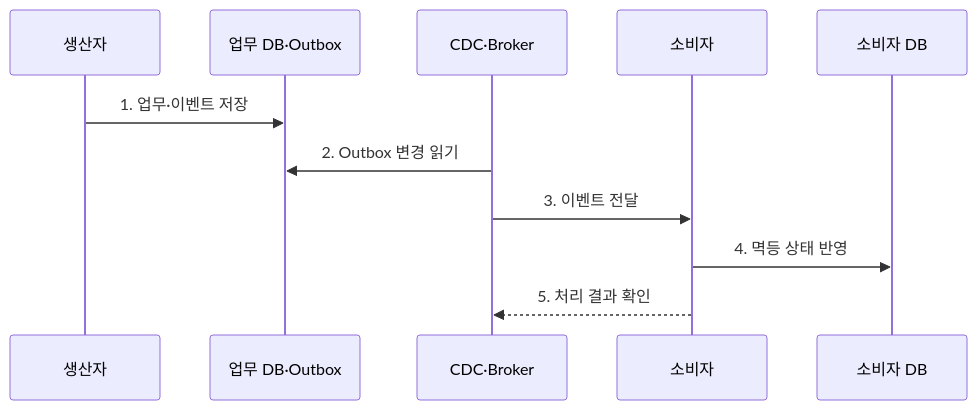
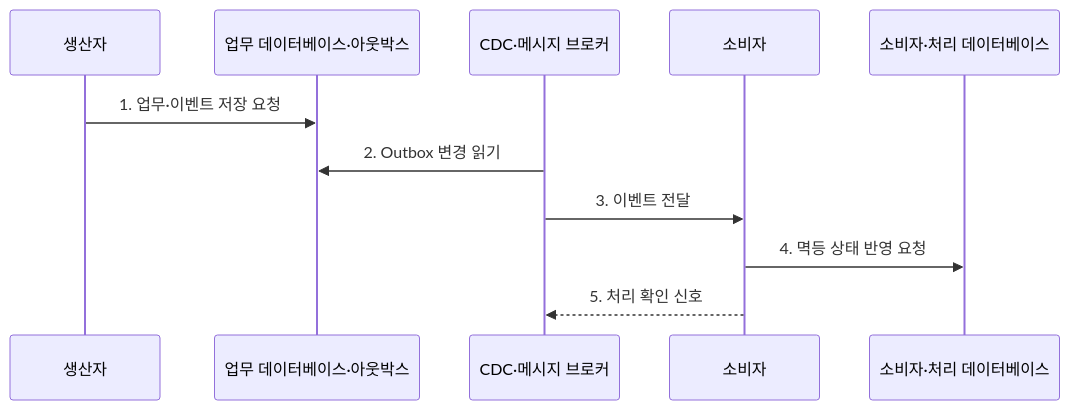
Before and after one commit to agnusdei1207/knowledge-base: the second of 2 diagrams in src/content/docs/notes/03-software/175_event_driven_architecture.md, drawn with Mermaid. The commit also changed other lines of this file and 20 other files, not shown here.

````diff
--- a/src/content/docs/notes/03-software/175_event_driven_architecture.md
+++ b/src/content/docs/notes/03-software/175_event_driven_architecture.md
@@ -84,13 +86,13 @@
 ```mermaid
 sequenceDiagram
     participant P as 생산자
-    participant O as 업무 DB·Outbox
-    participant B as CDC·Broker
+    participant O as 업무 데이터베이스·아웃박스
+    participant B as CDC·메시지 브로커
     participant C as 소비자
-    participant D as 소비자 DB
-    P->>O: 1. 업무·이벤트 저장
+    participant D as 소비자·처리 데이터베이스
+    P->>O: 1. 업무·이벤트 저장 요청
     B->>O: 2. Outbox 변경 읽기
     B->>C: 3. 이벤트 전달
-    C->>D: 4. 멱등 상태 반영
-    C-->>B: 5. 처리 결과 확인
+    C->>D: 4. 멱등 상태 반영 요청
+    C-->>B: 5. 처리 확인 신호
 ```
````
